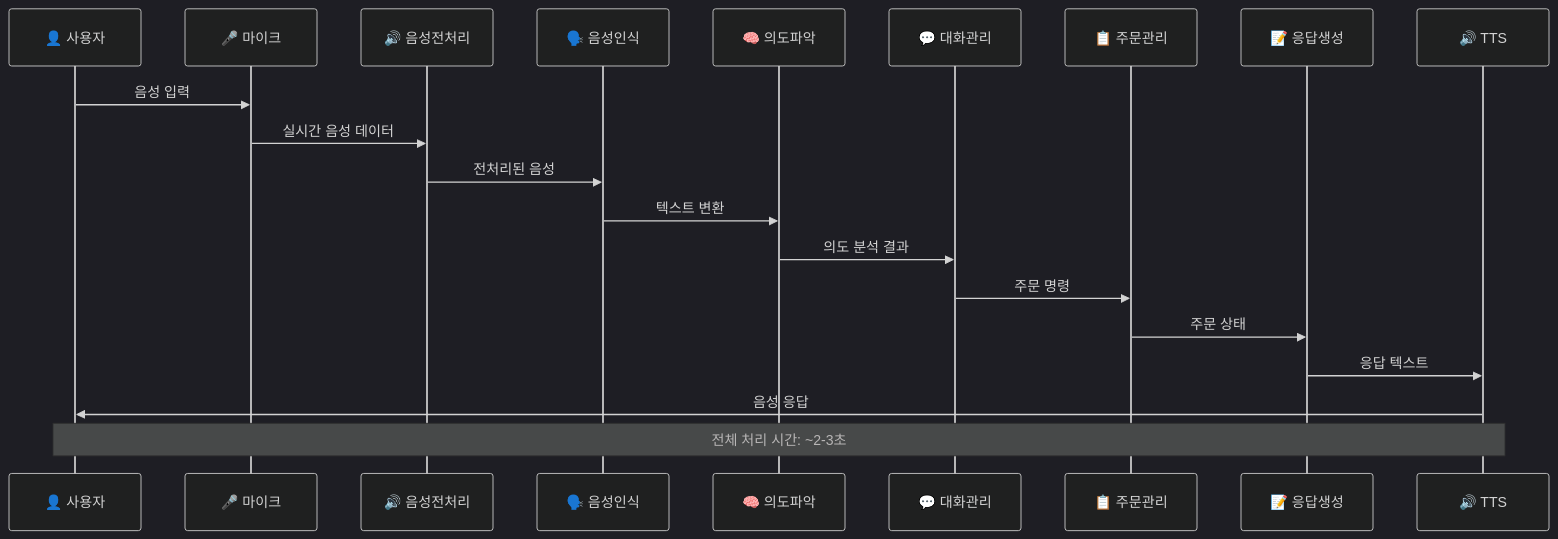
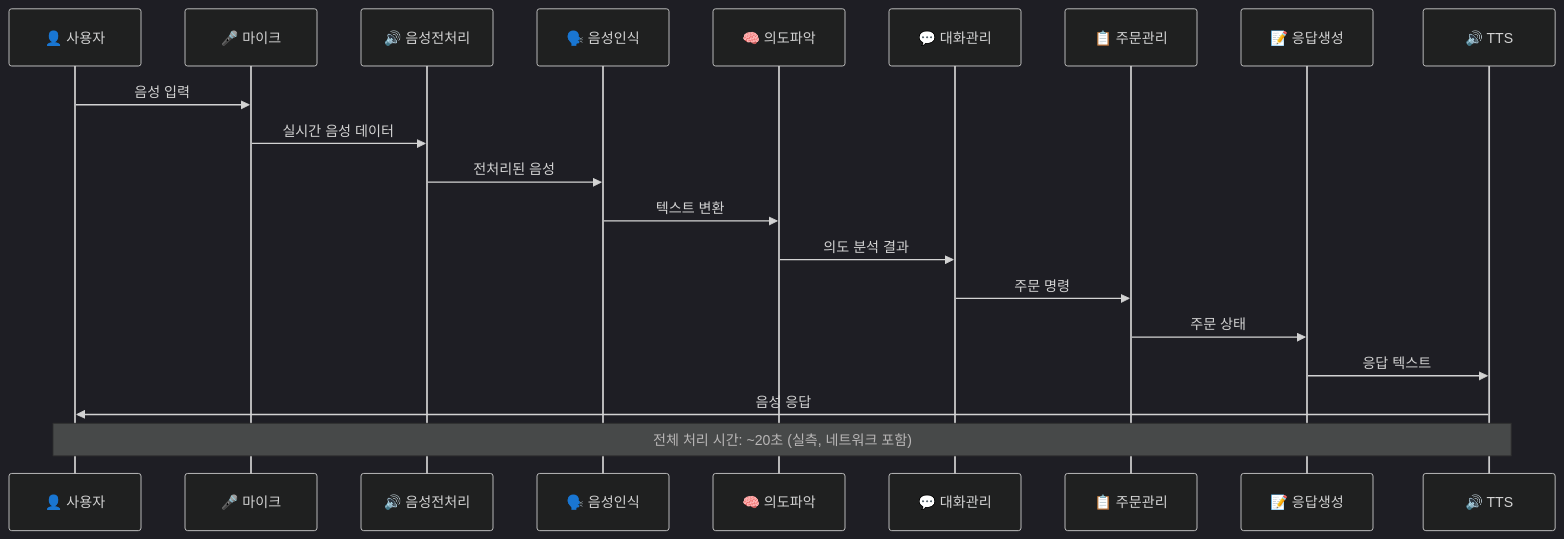
Before and after one commit to melpes/kiosk: the second of 7 diagrams in architecture_diagrams.md, drawn with Mermaid (dark theme). The commit also changed other lines of this file, not shown here.

First line of the commit message:
Update architecture_diagrams.md

````diff
--- a/architecture_diagrams.md
+++ b/architecture_diagrams.md
@@ -73,24 +73,24 @@
 ```mermaid
 sequenceDiagram
     participant U as 👤 사용자
     participant M as 🎤 마이크
     participant A as 🔊 음성전처리
     participant S as 🗣️ 음성인식
     participant I as 🧠 의도파악
     participant D as 💬 대화관리
     participant O as 📋 주문관리
     participant R as 📝 응답생성
     participant T as 🔊 TTS
     
     U->>M: 음성 입력
     M->>A: 실시간 음성 데이터
     A->>S: 전처리된 음성
     S->>I: 텍스트 변환
     I->>D: 의도 분석 결과
     D->>O: 주문 명령
     O->>R: 주문 상태
     R->>T: 응답 텍스트
     T->>U: 음성 응답
     
-    Note over U,T: 전체 처리 시간: ~2-3초
+    Note over U,T: 전체 처리 시간: ~20초 (실측, 네트워크 포함)
 ```
````
